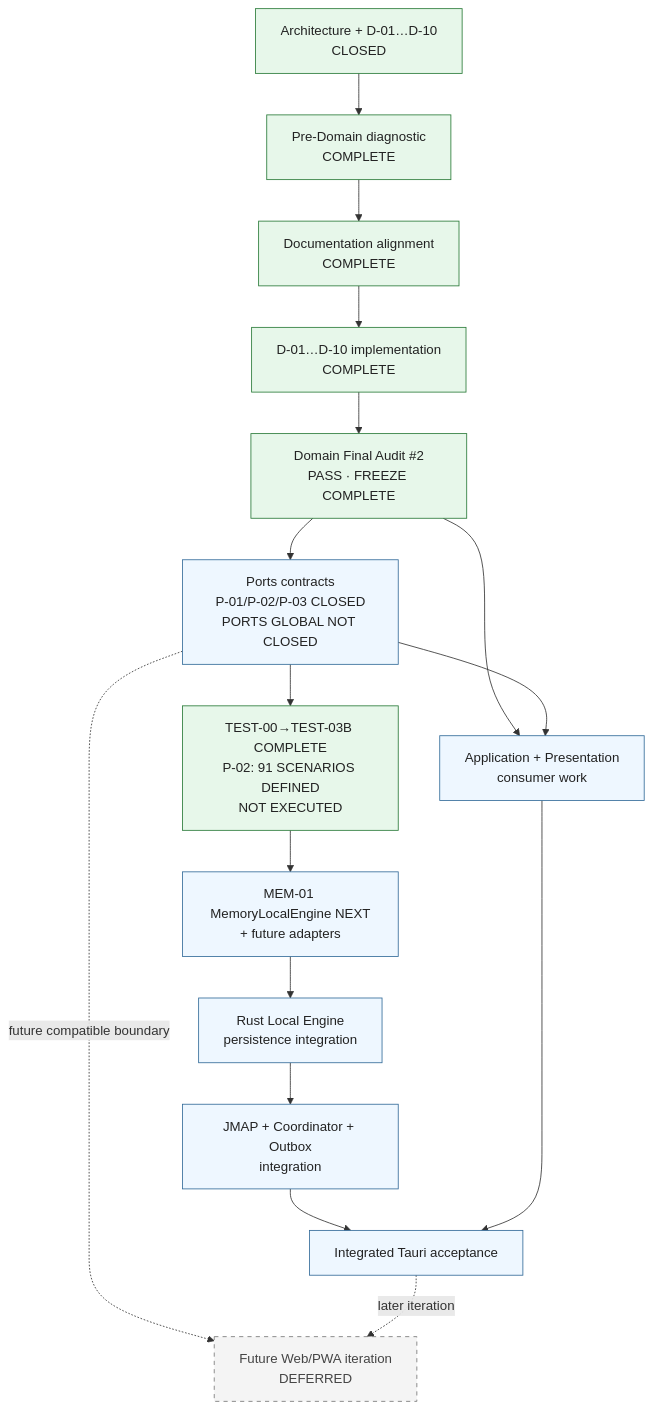
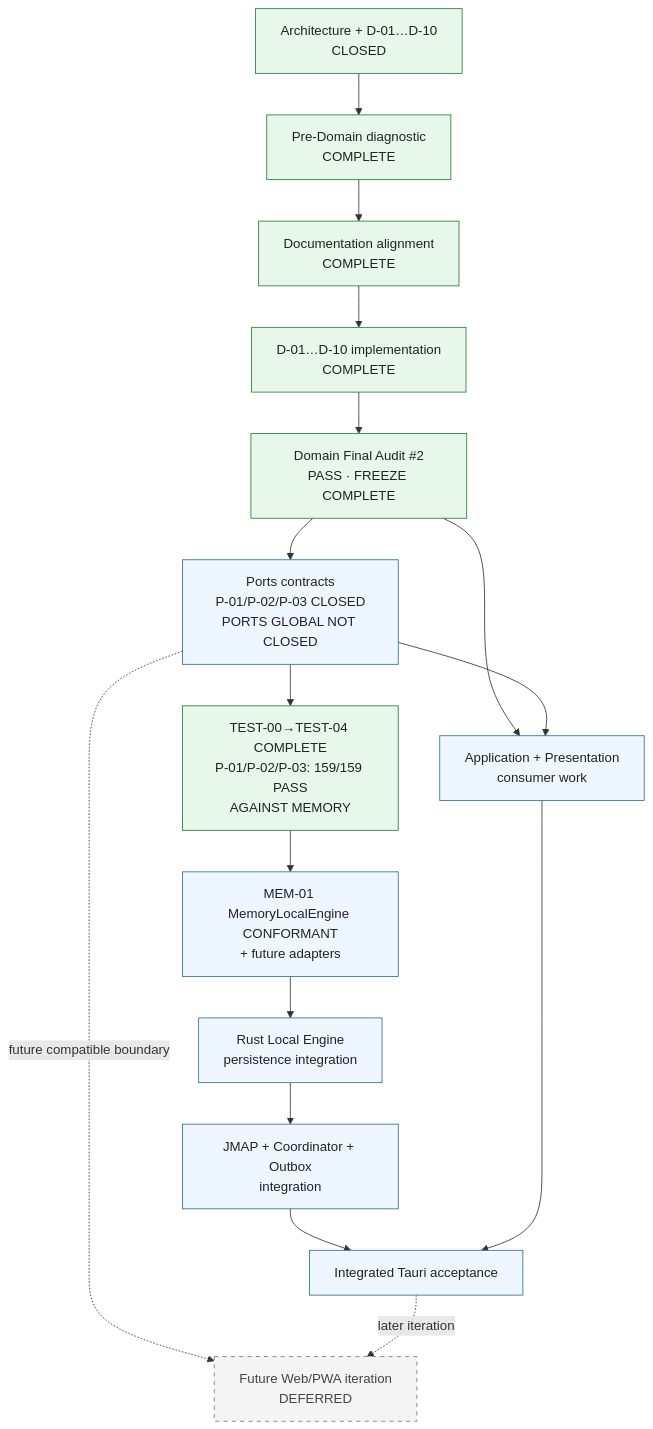
One commit to sebastiandperez/Correo-Boxplot changed the diagram in docs/planning/roadmap.md. Above: the diagram before and after it, drawn with Mermaid. The commit also changed other lines of this file and 15 other files, not shown here.

Commit message:
New Tests and Memory Local Engine

````diff
--- a/docs/planning/roadmap.md
+++ b/docs/planning/roadmap.md
@@ -53,30 +53,30 @@
 ```mermaid
 flowchart TD
     Decisions["Architecture + D-01…D-10<br/>CLOSED"]
     Diagnostic["Pre-Domain diagnostic<br/>COMPLETE"]
     Docs["Documentation alignment<br/>COMPLETE"]
     Domain["D-01…D-10 implementation<br/>COMPLETE"]
     DomainGate["Domain Final Audit #2<br/>PASS · FREEZE COMPLETE"]
     Ports["Ports contracts<br/>P-01/P-02/P-03 CLOSED<br/>PORTS GLOBAL NOT CLOSED"]
-    TestSpec["TEST-00→TEST-03B COMPLETE<br/>P-02: 91 SCENARIOS DEFINED<br/>NOT EXECUTED"]
-    Adapters["MEM-01 MemoryLocalEngine NEXT<br/>+ future adapters"]
+    TestSpec["TEST-00→TEST-04 COMPLETE<br/>P-01/P-02/P-03: 159/159 PASS<br/>AGAINST MEMORY"]
+    Adapters["MEM-01 MemoryLocalEngine CONFORMANT<br/>+ future adapters"]
     Engine["Rust Local Engine<br/>persistence integration"]
     Remote["JMAP + Coordinator + Outbox<br/>integration"]
     App["Application + Presentation<br/>consumer work"]
     Acceptance["Integrated Tauri acceptance"]
     FutureWeb["Future Web/PWA iteration<br/>DEFERRED"]
 
     Decisions --> Diagnostic --> Docs --> Domain --> DomainGate --> Ports --> TestSpec --> Adapters --> Engine --> Remote --> Acceptance
     DomainGate --> App
     Ports --> App
     App --> Acceptance
     Ports -.->|"future compatible boundary"| FutureWeb
     Acceptance -.->|"later iteration"| FutureWeb
 
     classDef closed fill:#e7f7ea,stroke:#297a38,color:#222;
     classDef active fill:#eef7ff,stroke:#336b99,color:#222;
     classDef deferred fill:#f4f4f4,stroke:#777,stroke-dasharray:5 5,color:#444;
     class Decisions,Diagnostic,Docs,Domain,DomainGate,TestSpec closed;
     class Ports,Adapters,Engine,Remote,App,Acceptance active;
     class FutureWeb deferred;
 ```
````
